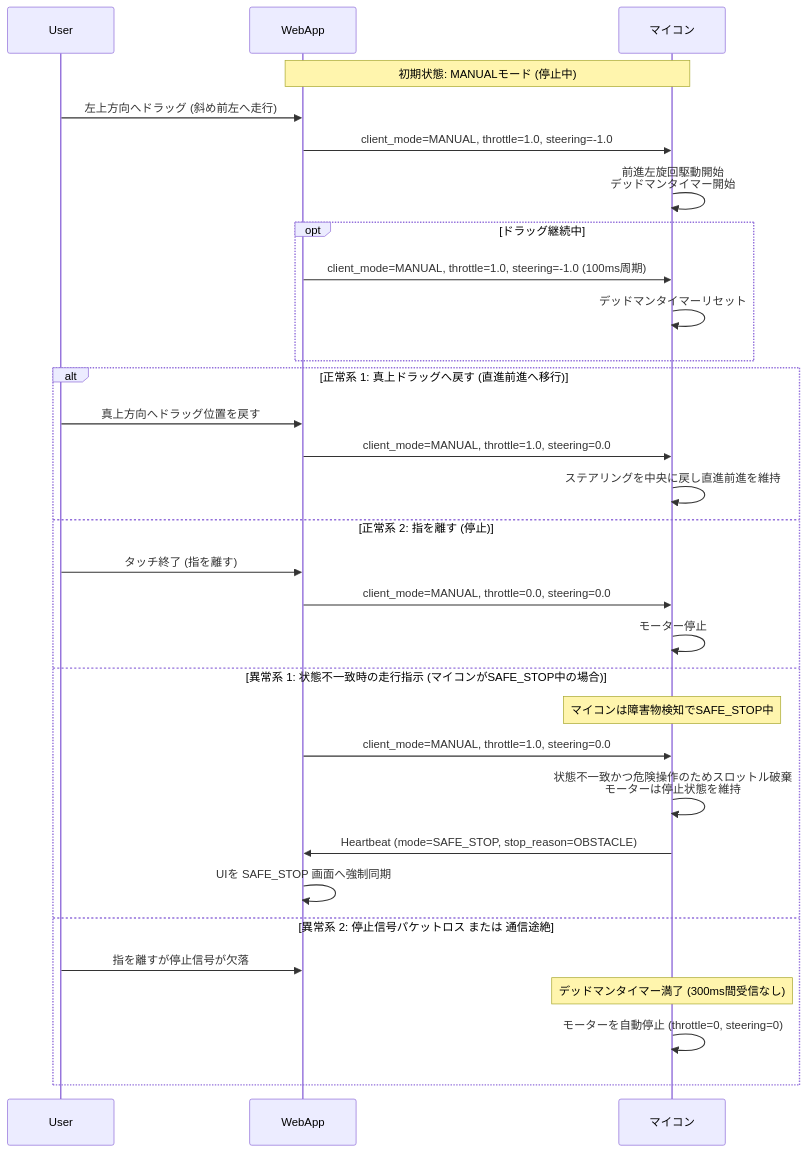
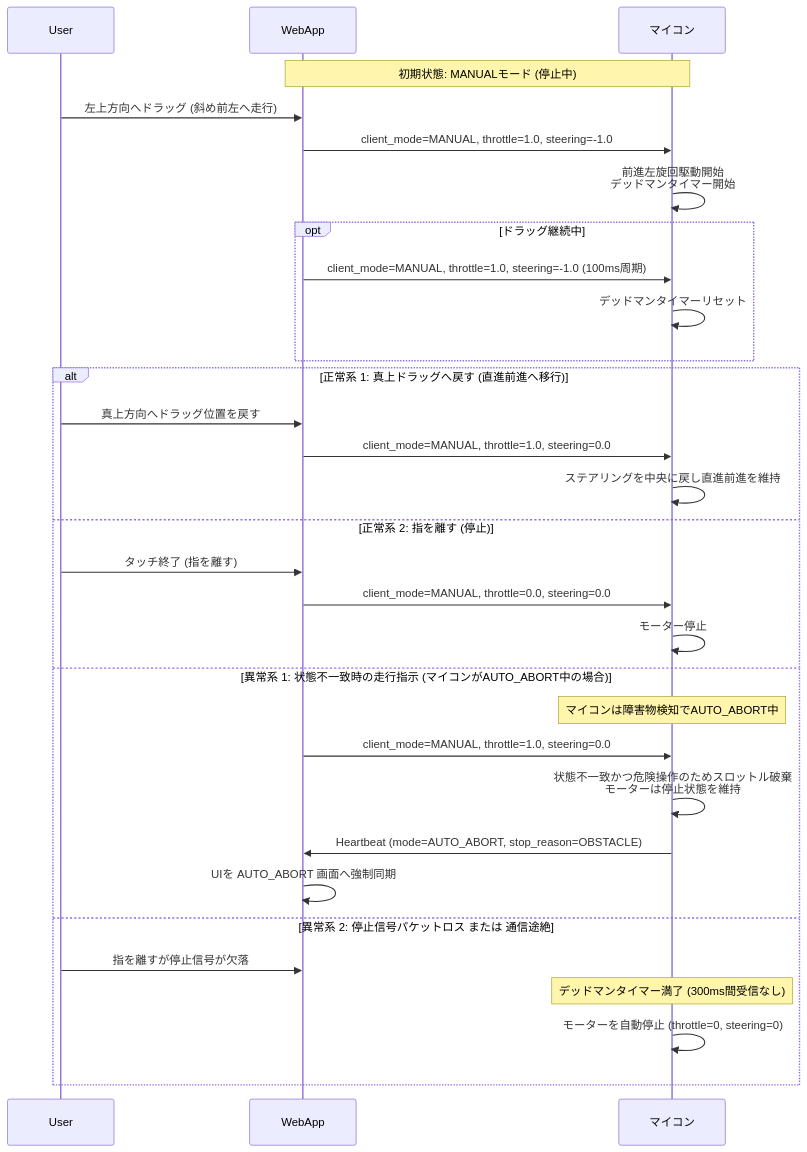
Before and after one commit to tut-cc/mini-4wd-webapp: the third of 7 diagrams in docs/sequences.md, drawn with Mermaid. The commit also changed other lines of this file and 16 other files, not shown here.

Commit message:
refactor: rename SAFE_STOP/EMERGENCY_STOP to AUTO_ABORT/MANUAL_ABORT and update docs

````diff
--- a/docs/sequences.md
+++ b/docs/sequences.md
@@ -75,40 +75,40 @@
 ```mermaid
 sequenceDiagram
     participant U as User
     participant W as WebApp
     participant M as マイコン
 
     Note over W, M: 初期状態: MANUALモード (停止中)
 
     U->>W: 左上方向へドラッグ (斜め前左へ走行)
     W->>M: client_mode=MANUAL, throttle=1.0, steering=-1.0
     M->>M: 前進左旋回駆動開始<br/>デッドマンタイマー開始
 
     opt ドラッグ継続中
         W->>M: client_mode=MANUAL, throttle=1.0, steering=-1.0 (100ms周期)
         M->>M: デッドマンタイマーリセット
     end
 
     alt 正常系 1: 真上ドラッグへ戻す (直進前進へ移行)
         U->>W: 真上方向へドラッグ位置を戻す
         W->>M: client_mode=MANUAL, throttle=1.0, steering=0.0
         M->>M: ステアリングを中央に戻し直進前進を維持
 
     else 正常系 2: 指を離す (停止)
         U->>W: タッチ終了 (指を離す)
         W->>M: client_mode=MANUAL, throttle=0.0, steering=0.0
         M->>M: モーター停止
 
-    else 異常系 1: 状態不一致時の走行指示 (マイコンがSAFE_STOP中の場合)
-        Note over M: マイコンは障害物検知でSAFE_STOP中
+    else 異常系 1: 状態不一致時の走行指示 (マイコンがAUTO_ABORT中の場合)
+        Note over M: マイコンは障害物検知でAUTO_ABORT中
         W->>M: client_mode=MANUAL, throttle=1.0, steering=0.0
         M->>M: 状態不一致かつ危険操作のためスロットル破棄<br/>モーターは停止状態を維持
-        M->>W: Heartbeat (mode=SAFE_STOP, stop_reason=OBSTACLE)
-        W->>W: UIを SAFE_STOP 画面へ強制同期
+        M->>W: Heartbeat (mode=AUTO_ABORT, stop_reason=OBSTACLE)
+        W->>W: UIを AUTO_ABORT 画面へ強制同期
 
     else 異常系 2: 停止信号パケットロス または 通信途絶
         U->>W: 指を離すが停止信号が欠落
         Note over M: デッドマンタイマー満了 (300ms間受信なし)
         M->>M: モーターを自動停止 (throttle=0, steering=0)
     end
 ```
````
